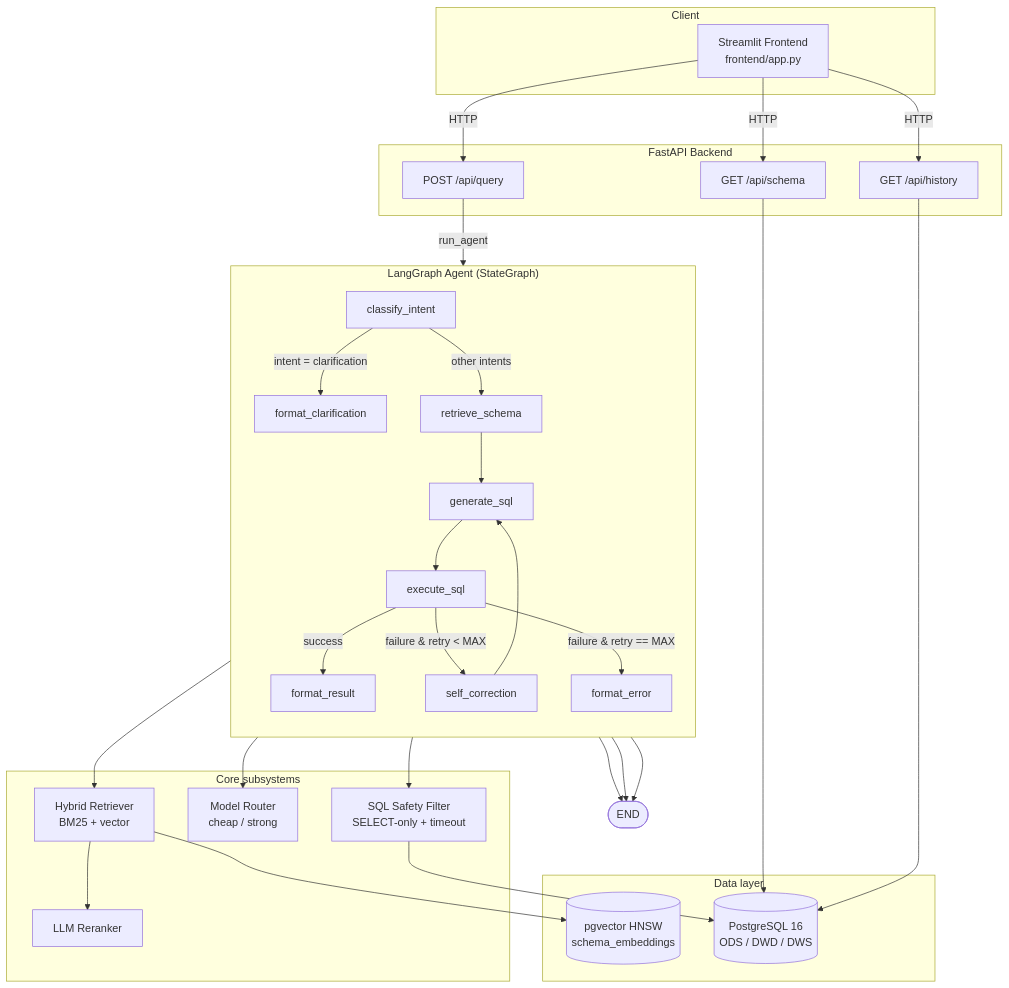
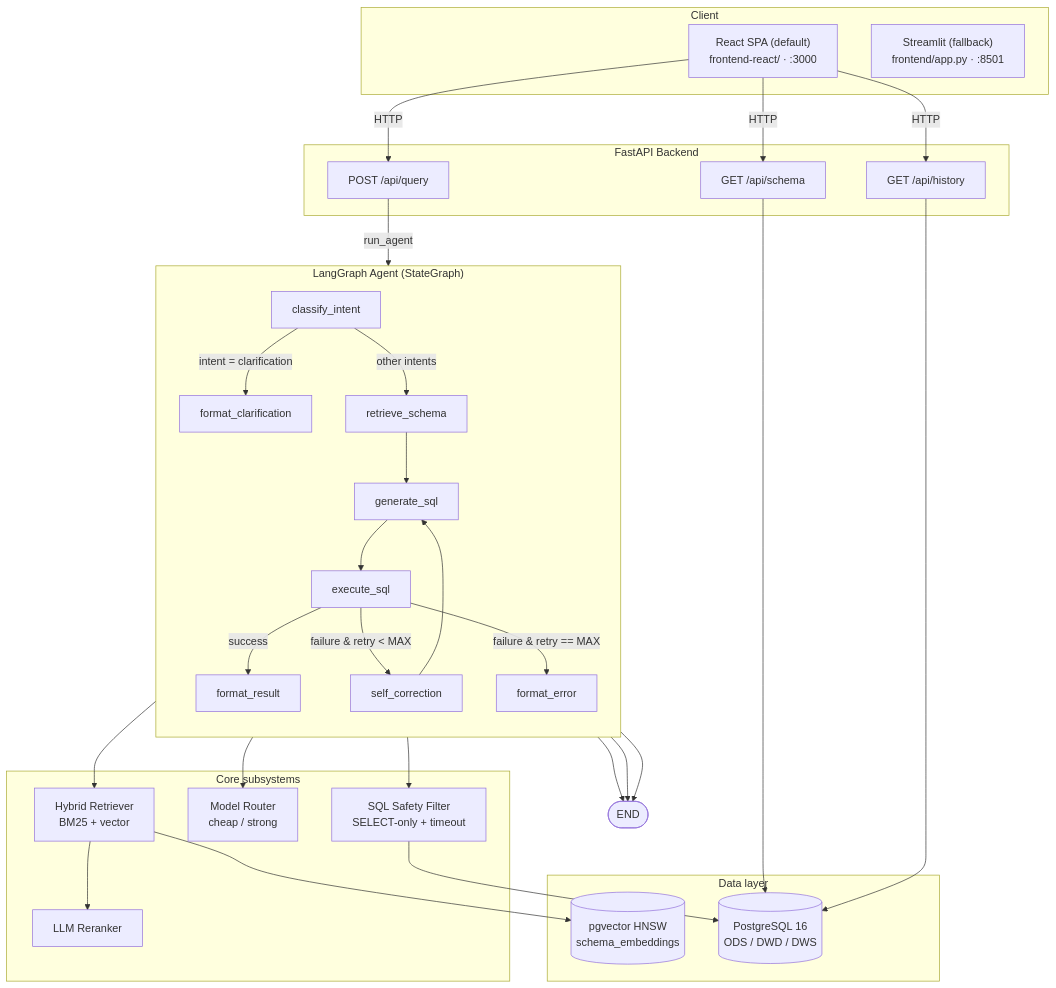
One commit to shuheng-mo/Elytra changed the diagram in README_EN.md. Above: the diagram before and after it, drawn with Mermaid. The commit also changed other lines of this file and 64 other files, not shown here.

````diff
--- a/README_EN.md
+++ b/README_EN.md
@@ -82,63 +83,64 @@
 ```mermaid
 flowchart TB
     subgraph Client["Client"]
-        UI["Streamlit Frontend<br/>frontend/app.py"]
+        UI["React SPA (default)<br/>frontend-react/ · :3000"]
+        UI2["Streamlit (fallback)<br/>frontend/app.py · :8501"]
     end
 
     subgraph API["FastAPI Backend"]
         QApi["POST /api/query"]
         SApi["GET /api/schema"]
         HApi["GET /api/history"]
     end
 
     subgraph Agent["LangGraph Agent (StateGraph)"]
         direction TB
         Intent["classify_intent"]
         Clarify["format_clarification"]
         Retrieve["retrieve_schema"]
         Gen["generate_sql"]
         Exec["execute_sql"]
         Correct["self_correction"]
         Result["format_result"]
         Err["format_error"]
 
         Intent -- "intent = clarification" --> Clarify
         Intent -- "other intents" --> Retrieve
         Retrieve --> Gen
         Gen --> Exec
         Exec -- "success" --> Result
         Exec -- "failure & retry < MAX" --> Correct
         Correct --> Gen
         Exec -- "failure & retry == MAX" --> Err
     end
 
     subgraph Sub["Core subsystems"]
         Hybrid["Hybrid Retriever<br/>BM25 + vector"]
         Rerank["LLM Reranker"]
         Router["Model Router<br/>cheap / strong"]
         Safety["SQL Safety Filter<br/>SELECT-only + timeout"]
     end
 
     subgraph Data["Data layer"]
         PG[("PostgreSQL 16<br/>ODS / DWD / DWS")]
         Vec[("pgvector HNSW<br/>schema_embeddings")]
     end
 
     UI -->|HTTP| QApi
     UI -->|HTTP| SApi
     UI -->|HTTP| HApi
     QApi -->|run_agent| Intent
     SApi --> PG
     HApi --> PG
 
     Retrieve --> Hybrid
     Hybrid --> Rerank
     Hybrid --> Vec
     Gen --> Router
     Exec --> Safety
     Safety --> PG
 
     Clarify --> END0(["END"])
     Result --> END0
     Err --> END0
 ```
````
